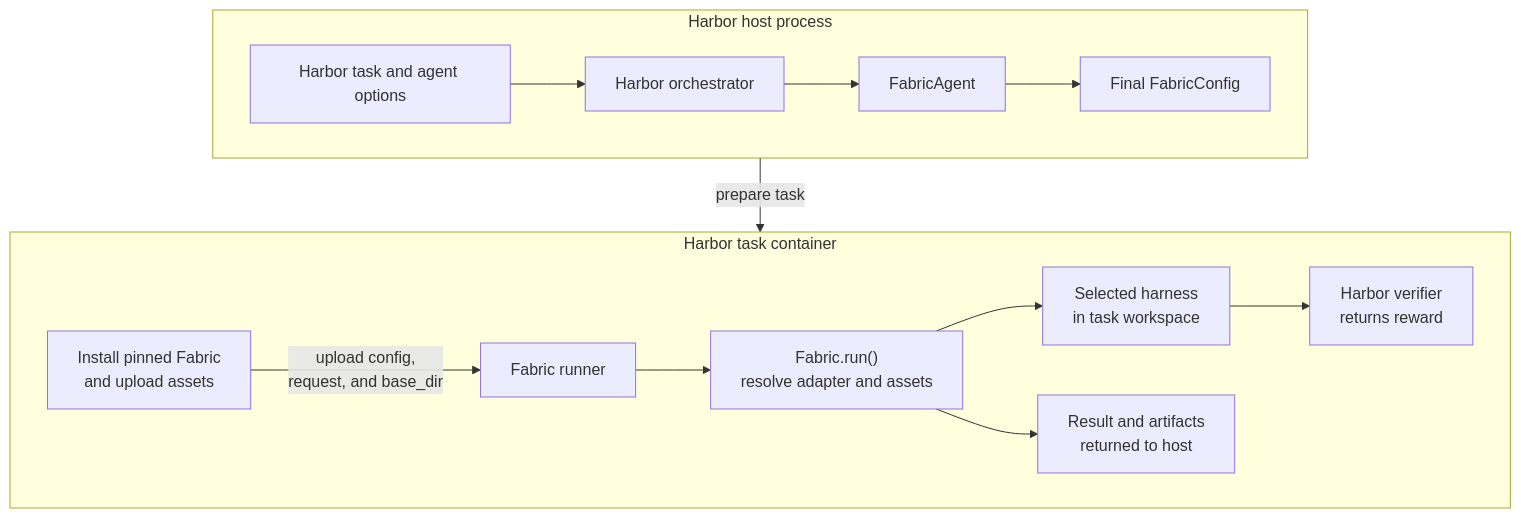
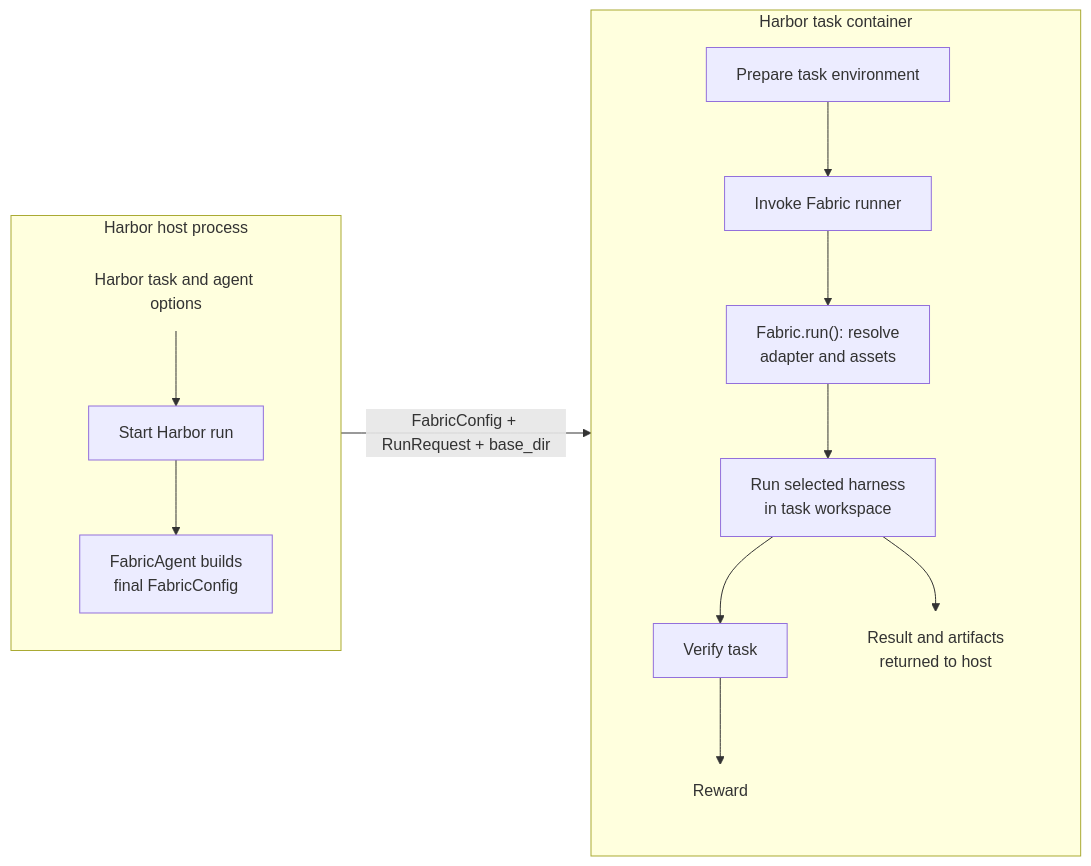
The diagram in examples/harbor/README.md (NVIDIA/NeMo-Fabric), drawn with Mermaid before and after one commit.

Commit message:
Clarify Harbor diagram semantics

````diff
--- a/examples/harbor/README.md
+++ b/examples/harbor/README.md
@@ -15,27 +15,29 @@
 ```mermaid
-flowchart TB
+flowchart LR
     subgraph Host["Harbor host process"]
-        direction LR
-        Inputs["Harbor task and agent options"]
-        Harbor["Harbor orchestrator"]
-        Agent["FabricAgent"]
-        Config["Final FabricConfig"]
+        direction TB
+        Inputs["Harbor task and agent options"]:::data
+        Start["Start Harbor run"]
+        Build["FabricAgent builds<br/>final FabricConfig"]
 
-        Inputs --> Harbor --> Agent --> Config
+        Inputs --> Start --> Build
     end
 
     subgraph Container["Harbor task container"]
-        direction LR
-        Setup["Install pinned Fabric<br/>and upload assets"]
-        Runner["Fabric runner"]
-        Fabric["Fabric.run()<br/>resolve adapter and assets"]
-        Execution["Selected harness<br/>in task workspace"]
-        Verifier["Harbor verifier<br/>returns reward"]
-        Result["Result and artifacts<br/>returned to host"]
+        direction TB
+        Prepare["Prepare task environment"]
+        Invoke["Invoke Fabric runner"]
+        Resolve["Fabric.run(): resolve<br/>adapter and assets"]
+        Execute["Run selected harness<br/>in task workspace"]
+        Verify["Verify task"]
+        Result["Result and artifacts<br/>returned to host"]:::data
+        Reward["Reward"]:::data
 
-        Setup -- "upload config,<br/>request, and base_dir" --> Runner --> Fabric --> Execution --> Verifier
-        Fabric --> Result
+        Prepare --> Invoke --> Resolve --> Execute --> Verify --> Reward
+        Execute --> Result
     end
 
-    Config -- "prepare task" --> Setup
+    Host -- "FabricConfig + RunRequest + base_dir" --> Container
+
+    classDef data fill:transparent,stroke:transparent
 ```
````
